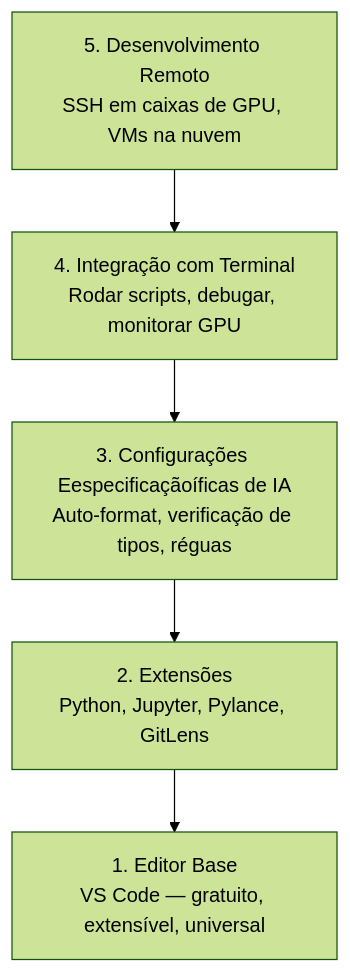
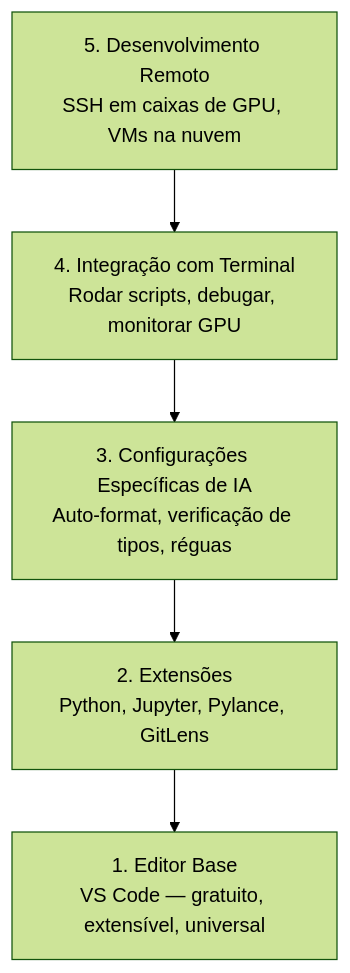
The diagram in phases/00-setup-and-tooling/08-editor-setup/docs/pt-br.md (K3lvin-dev/ai-engineering-from-scratch), drawn with Mermaid (forest theme) before and after one commit. The commit also changed other lines of this file and 9 other files, not shown here.

````diff
--- a/phases/00-setup-and-tooling/08-editor-setup/docs/pt-br.md
+++ b/phases/00-setup-and-tooling/08-editor-setup/docs/pt-br.md
@@ -27,8 +27,8 @@
 ```mermaid
 graph TD
     L5["5. Desenvolvimento Remoto<br/>SSH em caixas de GPU, VMs na nuvem"] --> L4
     L4["4. Integração com Terminal<br/>Rodar scripts, debugar, monitorar GPU"] --> L3
-    L3["3. Configurações Eespecificaçãoíficas de IA<br/>Auto-format, verificação de tipos, réguas"] --> L2
+    L3["3. Configurações Específicas de IA<br/>Auto-format, verificação de tipos, réguas"] --> L2
     L2["2. Extensões<br/>Python, Jupyter, Pylance, GitLens"] --> L1
     L1["1. Editor Base<br/>VS Code — gratuito, extensível, universal"]
 ```
````
